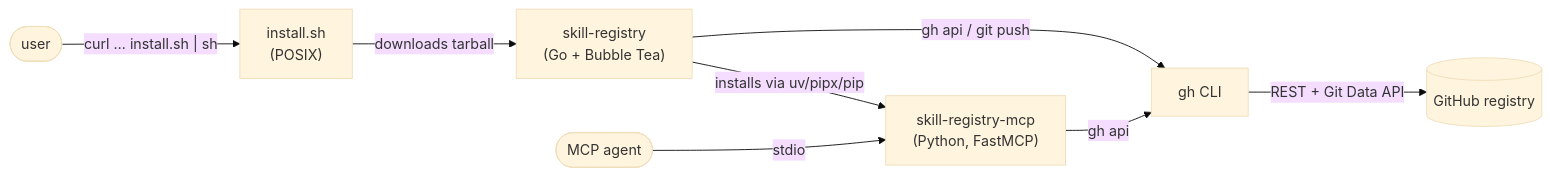
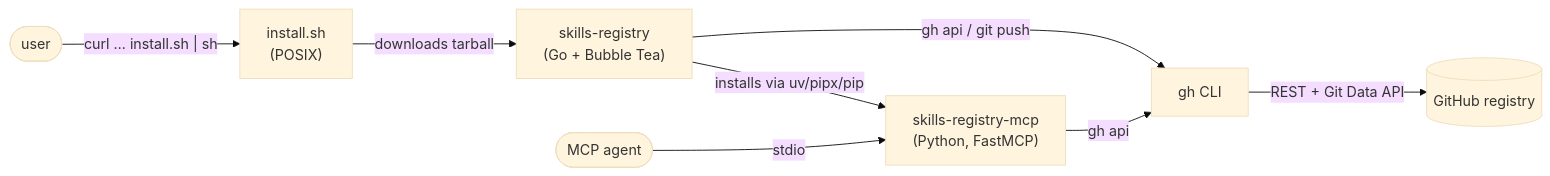
Before and after one commit to anand-92/skills-registry: the first of 4 diagrams in droid-wiki/overview/architecture.md, drawn with Mermaid (base theme). The commit also changed other lines of this file and 87 other files, not shown here.

Commit message:
refactor: hard-rename skill-registry to skills-registry

````diff
--- a/droid-wiki/overview/architecture.md
+++ b/droid-wiki/overview/architecture.md
@@ -7,10 +7,10 @@
 ```mermaid
 flowchart LR
   U([user]) -->|"curl … install.sh | sh"| InstallSh["install.sh<br/>(POSIX)"]
-  InstallSh -->|"downloads tarball"| GoCLI["skill-registry<br/>(Go + Bubble Tea)"]
-  GoCLI -->|"installs via uv/pipx/pip"| McpBin["skill-registry-mcp<br/>(Python, FastMCP)"]
+  InstallSh -->|"downloads tarball"| GoCLI["skills-registry<br/>(Go + Bubble Tea)"]
+  GoCLI -->|"installs via uv/pipx/pip"| McpBin["skills-registry-mcp<br/>(Python, FastMCP)"]
   GoCLI -->|"gh api / git push"| GH["gh CLI"]
   McpBin -->|"gh api"| GH
   GH -->|"REST + Git Data API"| Repo[(GitHub registry)]
   Agent([MCP agent]) -->|"stdio"| McpBin
 ```
````
